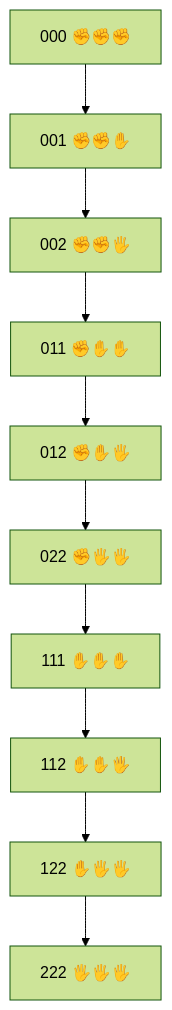
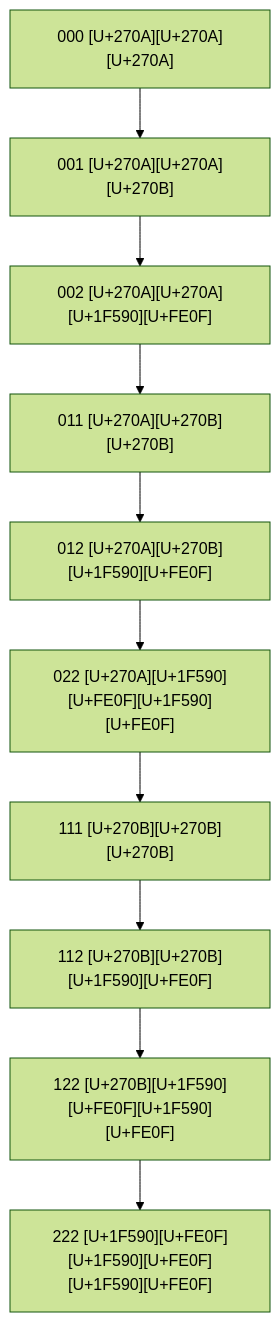
Before and after one commit to Foundup/Foundups-Agent: the diagram in WSP_framework/src/WSP_44_Semantic_State_Engine_Protocol.md, drawn with Mermaid (forest theme). The commit also changed other lines of this file and 336 other files, not shown here.

````diff
--- a/WSP_framework/src/WSP_44_Semantic_State_Engine_Protocol.md
+++ b/WSP_framework/src/WSP_44_Semantic_State_Engine_Protocol.md
@@ -12,12 +12,12 @@
 ```mermaid
 graph TD
-    A["000 ✊✊✊"] --> B["001 ✊✊✋"]
-    B --> C["002 ✊✊🖐️"]
-    C --> D["011 ✊✋✋"]
-    D --> E["012 ✊✋🖐️"]
-    E --> F["022 ✊🖐️🖐️"]
-    F --> G["111 ✋✋✋"]
-    G --> H["112 ✋✋🖐️"]
-    H --> I["122 ✋🖐️🖐️"]
-    I --> J["222 🖐️🖐️🖐️"]
+    A["000 [U+270A][U+270A][U+270A]"] --> B["001 [U+270A][U+270A][U+270B]"]
+    B --> C["002 [U+270A][U+270A][U+1F590][U+FE0F]"]
+    C --> D["011 [U+270A][U+270B][U+270B]"]
+    D --> E["012 [U+270A][U+270B][U+1F590][U+FE0F]"]
+    E --> F["022 [U+270A][U+1F590][U+FE0F][U+1F590][U+FE0F]"]
+    F --> G["111 [U+270B][U+270B][U+270B]"]
+    G --> H["112 [U+270B][U+270B][U+1F590][U+FE0F]"]
+    H --> I["122 [U+270B][U+1F590][U+FE0F][U+1F590][U+FE0F]"]
+    I --> J["222 [U+1F590][U+FE0F][U+1F590][U+FE0F][U+1F590][U+FE0F]"]
 ```
````
